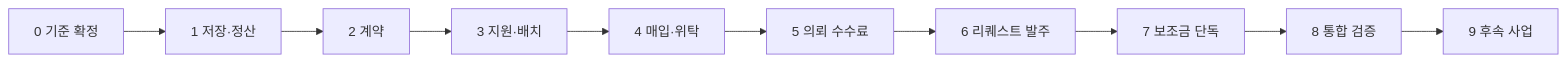
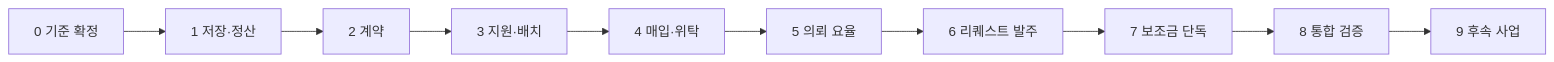
The diagram in docs/book-v2/src/development/README.md (applesoda01/Project_F), drawn with Mermaid before and after one commit. The commit also changed other lines of this file and 409 other files, not shown here.

````diff
--- a/docs/book-v2/src/development/README.md
+++ b/docs/book-v2/src/development/README.md
@@ -18,12 +18,12 @@
 ```mermaid
 flowchart LR
  A[0 기준 확정] --> B[1 저장·정산]
  B --> C[2 계약]
  C --> D[3 지원·배치]
  D --> E[4 매입·위탁]
- E --> F[5 의뢰 수수료]
+ E --> F[5 의뢰 요율]
  F --> G[6 리퀘스트 발주]
  G --> H[7 보조금 단독]
  H --> I[8 통합 검증]
  I --> J[9 후속 사업]
 ```
````
